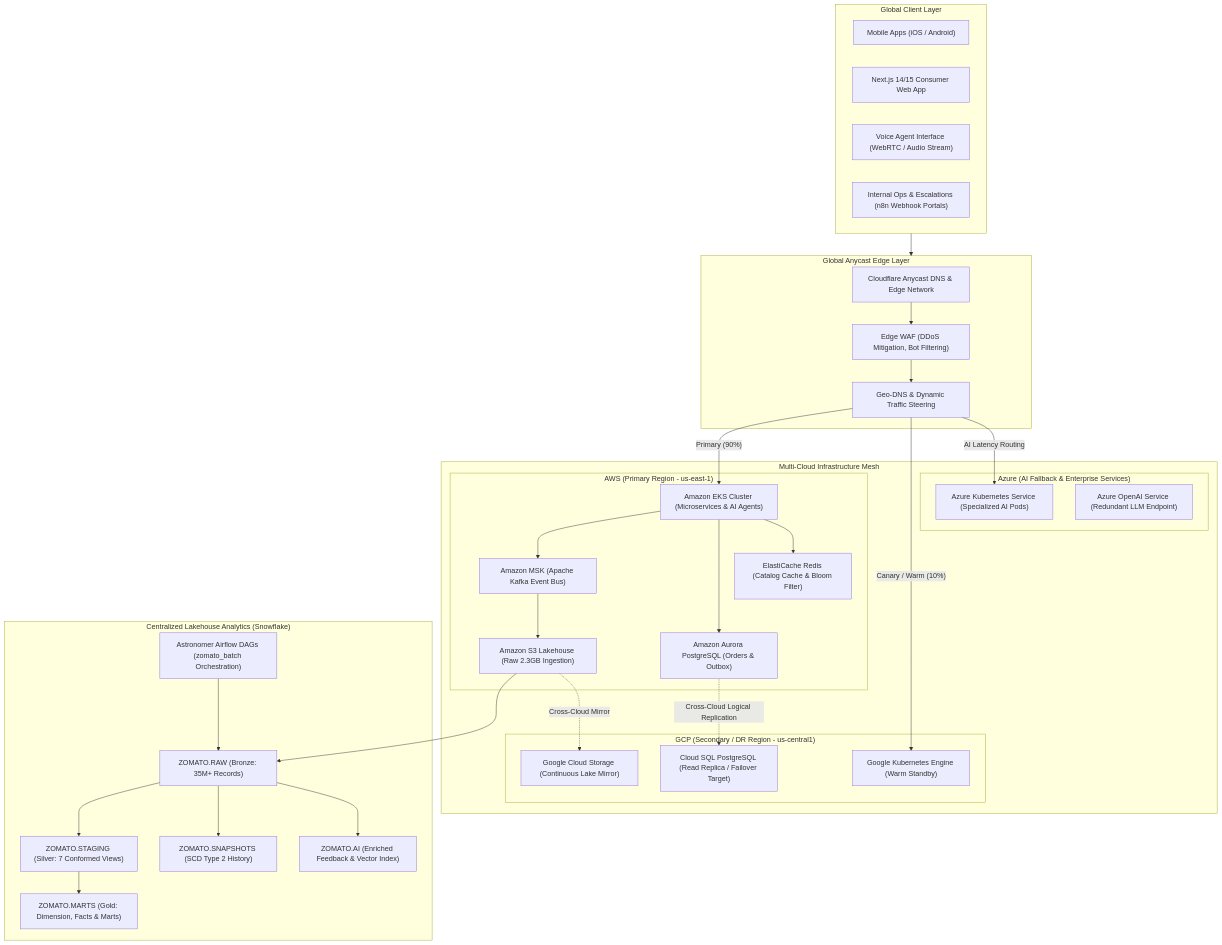
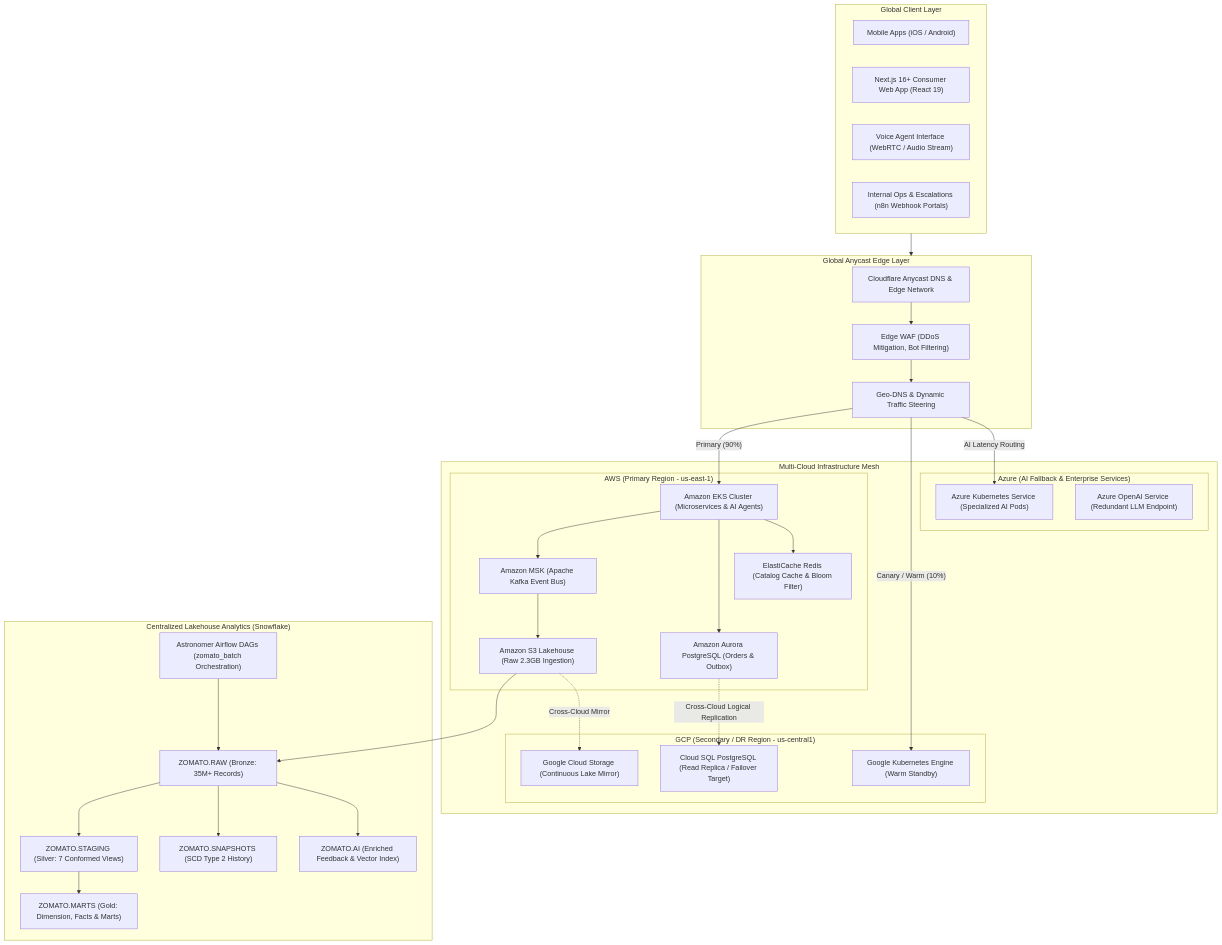
The first of 3 diagrams in docs/PRINCIPAL_ENGINEER_HANDBOOK.md (KishorKumarParoi/zomato-analysis), drawn with Mermaid before and after one commit. The commit also changed other lines of this file and 1 other file, not shown here.

Commit message:
docs: elevate handbook with latest Next.js 16+ React 19 and 7-pillar Grand Unified Architecture combo

````diff
--- a/docs/PRINCIPAL_ENGINEER_HANDBOOK.md
+++ b/docs/PRINCIPAL_ENGINEER_HANDBOOK.md
@@ -33,64 +52,64 @@
 ```mermaid
 flowchart TB
     subgraph Clients["Global Client Layer"]
         Mobile["Mobile Apps (iOS / Android)"]
-        Web["Next.js 14/15 Consumer Web App"]
+        Web["Next.js 16+ Consumer Web App (React 19)"]
         VoiceClient["Voice Agent Interface (WebRTC / Audio Stream)"]
         OpsUser["Internal Ops & Escalations (n8n Webhook Portals)"]
     end
 
     subgraph GlobalEdge["Global Anycast Edge Layer"]
         Cloudflare["Cloudflare Anycast DNS & Edge Network"]
         WAF["Edge WAF (DDoS Mitigation, Bot Filtering)"]
         GeoRouting["Geo-DNS & Dynamic Traffic Steering"]
         Cloudflare --> WAF --> GeoRouting
     end
 
     subgraph MultiCloudMesh["Multi-Cloud Infrastructure Mesh"]
         subgraph AWS_Region["AWS (Primary Region - us-east-1)"]
             EKS_AWS["Amazon EKS Cluster (Microservices & AI Agents)"]
             MSK["Amazon MSK (Apache Kafka Event Bus)"]
             S3_Lake["Amazon S3 Lakehouse (Raw 2.3GB Ingestion)"]
             RDS_PG["Amazon Aurora PostgreSQL (Orders & Outbox)"]
             ElastiCache["ElastiCache Redis (Catalog Cache & Bloom Filter)"]
         end
 
         subgraph GCP_Region["GCP (Secondary / DR Region - us-central1)"]
             GKE_GCP["Google Kubernetes Engine (Warm Standby)"]
             GCS_Backup["Google Cloud Storage (Continuous Lake Mirror)"]
             CloudSQL["Cloud SQL PostgreSQL (Read Replica / Failover Target)"]
         end
 
         subgraph Azure_Cloud["Azure (AI Fallback & Enterprise Services)"]
             AKS_Azure["Azure Kubernetes Service (Specialized AI Pods)"]
             AzureOpenAI["Azure OpenAI Service (Redundant LLM Endpoint)"]
         end
     end
 
     subgraph DataWarehouse["Centralized Lakehouse Analytics (Snowflake)"]
         Snowflake_RAW["ZOMATO.RAW (Bronze: 35M+ Records)"]
         Snowflake_STG["ZOMATO.STAGING (Silver: 7 Conformed Views)"]
         Snowflake_MARTS["ZOMATO.MARTS (Gold: Dimension, Facts & Marts)"]
         Snowflake_SCD["ZOMATO.SNAPSHOTS (SCD Type 2 History)"]
         Snowflake_AI["ZOMATO.AI (Enriched Feedback & Vector Index)"]
         Airflow["Astronomer Airflow DAGs (zomato_batch Orchestration)"]
     end
 
     Clients --> GlobalEdge
     GeoRouting -->|"Primary (90%)"| EKS_AWS
     GeoRouting -->|"Canary / Warm (10%)"| GKE_GCP
     GeoRouting -->|"AI Latency Routing"| AKS_Azure
 
     EKS_AWS --> MSK
     EKS_AWS --> RDS_PG
     EKS_AWS --> ElastiCache
     MSK --> S3_Lake
     S3_Lake --> Snowflake_RAW
     Airflow --> Snowflake_RAW
     Snowflake_RAW --> Snowflake_STG --> Snowflake_MARTS
     Snowflake_RAW --> Snowflake_SCD
     Snowflake_RAW --> Snowflake_AI
 
     RDS_PG -.->|"Cross-Cloud Logical Replication"| CloudSQL
     S3_Lake -.->|"Cross-Cloud Mirror"| GCS_Backup
 ```
````
